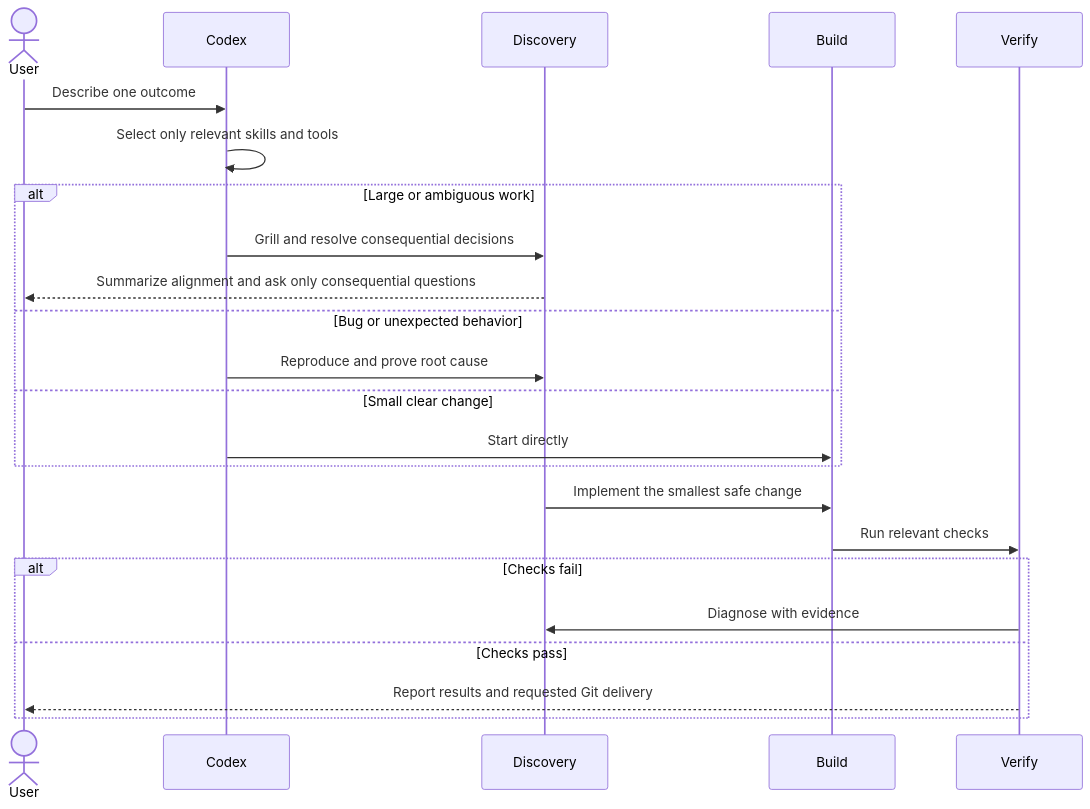
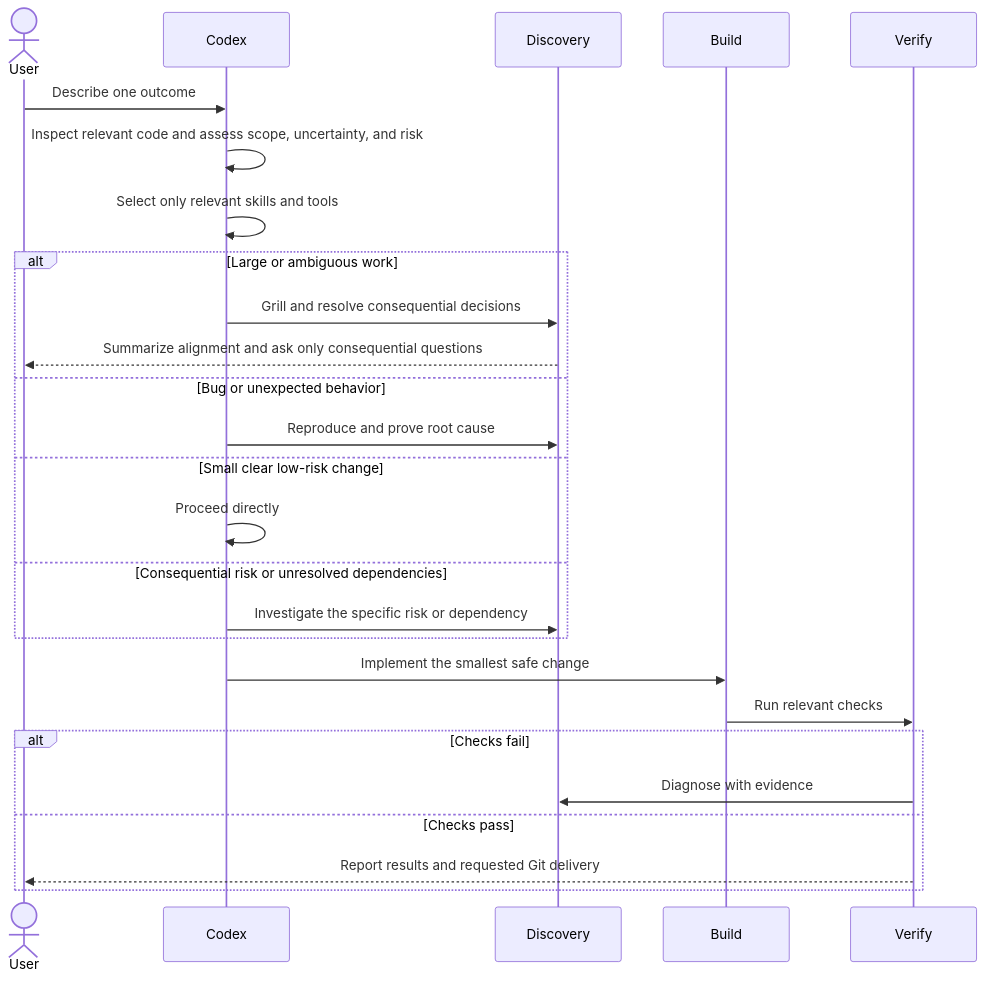
The diagram in README.md (moKshagna-p/codex-powers), drawn with Mermaid before and after one commit. The commit also changed other lines of this file and 1 other file, not shown here.

Commit message:
docs: clarify task sizing and adaptive workflow routing

````diff
--- a/README.md
+++ b/README.md
@@ -15,26 +17,29 @@
 ```mermaid
 sequenceDiagram
     actor User
     participant Codex
     participant Discovery
     participant Build
     participant Verify
 
     User->>Codex: Describe one outcome
+    Codex->>Codex: Inspect relevant code and assess scope, uncertainty, and risk
     Codex->>Codex: Select only relevant skills and tools
     alt Large or ambiguous work
         Codex->>Discovery: Grill and resolve consequential decisions
         Discovery-->>User: Summarize alignment and ask only consequential questions
     else Bug or unexpected behavior
         Codex->>Discovery: Reproduce and prove root cause
-    else Small clear change
-        Codex->>Build: Start directly
+    else Small clear low-risk change
+        Codex->>Codex: Proceed directly
+    else Consequential risk or unresolved dependencies
+        Codex->>Discovery: Investigate the specific risk or dependency
     end
-    Discovery->>Build: Implement the smallest safe change
+    Codex->>Build: Implement the smallest safe change
     Build->>Verify: Run relevant checks
     alt Checks fail
         Verify->>Discovery: Diagnose with evidence
     else Checks pass
         Verify-->>User: Report results and requested Git delivery
     end
 ```
````
